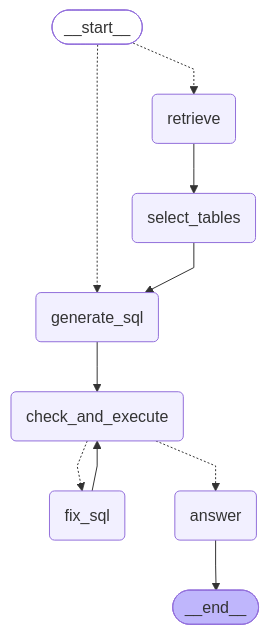
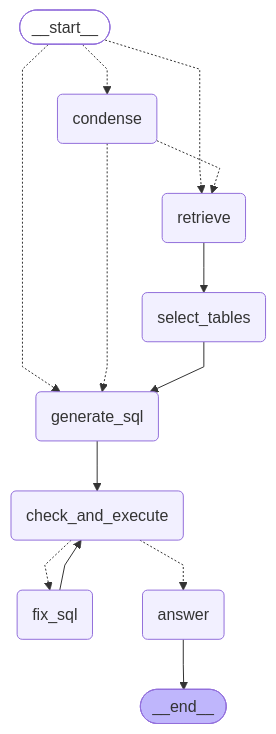
The diagram in docs/online_graph.md (const-variable/MiniProjectGenAI), drawn with Mermaid before and after one commit. The commit also changed 33 other files, not shown here.

````diff
--- a/docs/online_graph.md
+++ b/docs/online_graph.md
@@ -3,28 +3,32 @@
 ```mermaid
 ---
 config:
   flowchart:
     curve: linear
 ---
 graph TD;
 	__start__([<p>__start__</p>]):::first
+	condense(condense)
 	retrieve(retrieve)
 	select_tables(select_tables)
 	generate_sql(generate_sql)
 	check_and_execute(check_and_execute)
 	fix_sql(fix_sql)
 	answer(answer)
 	__end__([<p>__end__</p>]):::last
+	__start__ -.-> condense;
 	__start__ -.-> generate_sql;
 	__start__ -.-> retrieve;
 	check_and_execute -.-> answer;
 	check_and_execute -.-> fix_sql;
+	condense -.-> generate_sql;
+	condense -.-> retrieve;
 	fix_sql --> check_and_execute;
 	generate_sql --> check_and_execute;
 	retrieve --> select_tables;
 	select_tables --> generate_sql;
 	answer --> __end__;
 	classDef default fill:#f2f0ff,line-height:1.2
 	classDef first fill-opacity:0
 	classDef last fill:#bfb6fc
 ```
````
